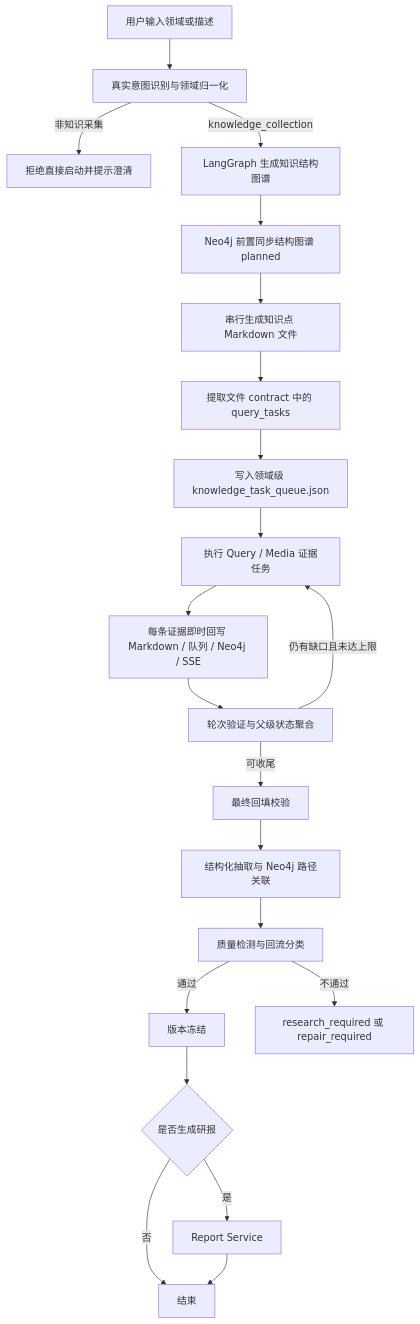
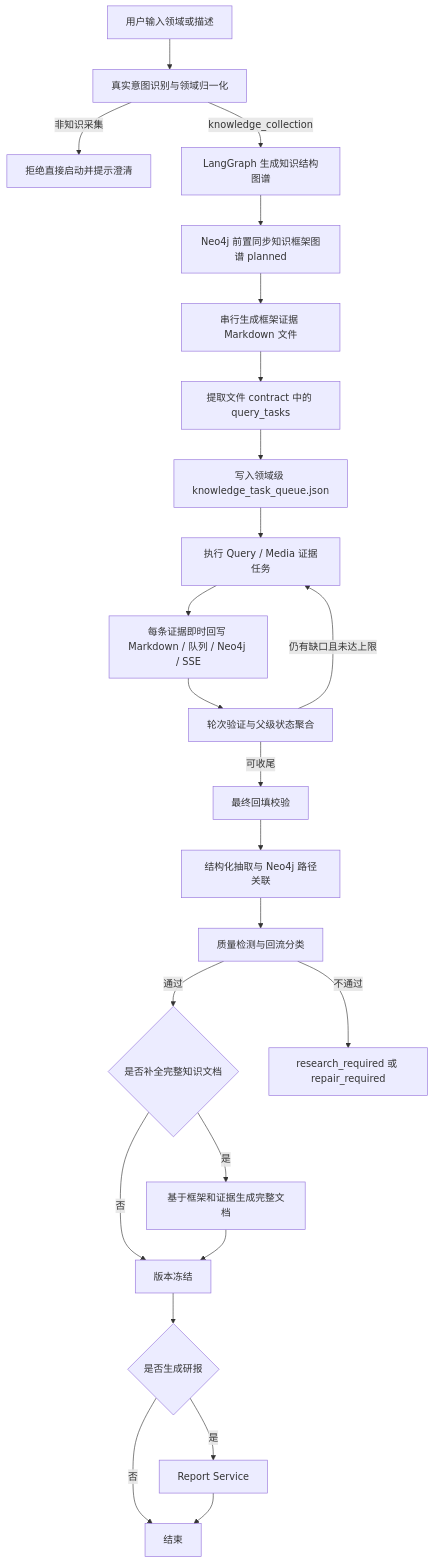
The diagram in docs/项目需求.md (crabin/knowledgeforge), drawn with Mermaid before and after one commit. The commit also changed other lines of this file and 22 other files, not shown here.

Commit message:
feat: make knowledge framework the default flow

````diff
--- a/docs/项目需求.md
+++ b/docs/项目需求.md
@@ -35,23 +36,26 @@
 ```mermaid
 flowchart TD
     A[用户输入领域或描述] --> B[真实意图识别与领域归一化]
     B -->|非知识采集| X[拒绝直接启动并提示澄清]
     B -->|knowledge_collection| C[LangGraph 生成知识结构图谱]
-    C --> D[Neo4j 前置同步结构图谱 planned]
-    D --> E[串行生成知识点 Markdown 文件]
+    C --> D[Neo4j 前置同步知识框架图谱 planned]
+    D --> E[串行生成框架证据 Markdown 文件]
     E --> F[提取文件 contract 中的 query_tasks]
     F --> G[写入领域级 knowledge_task_queue.json]
     G --> H[执行 Query / Media 证据任务]
     H --> I[每条证据即时回写 Markdown / 队列 / Neo4j / SSE]
     I --> J[轮次验证与父级状态聚合]
     J -->|仍有缺口且未达上限| H
     J -->|可收尾| K[最终回填校验]
     K --> L[结构化抽取与 Neo4j 路径关联]
     L --> M[质量检测与回流分类]
-    M -->|通过| N[版本冻结]
+    M -->|通过| N{是否补全完整知识文档}
+    N -->|否| V[版本冻结]
+    N -->|是| W[基于框架和证据生成完整文档]
+    W --> V
     M -->|不通过| O[research_required 或 repair_required]
-    N --> P{是否生成研报}
+    V --> P{是否生成研报}
     P -->|是| Q[Report Service]
     P -->|否| R[结束]
     Q --> R
 ```
````
